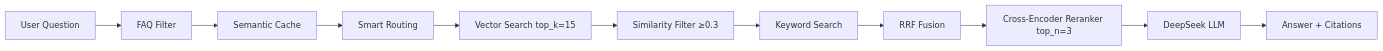
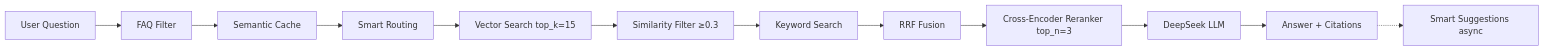
Before and after one commit to truongvinhkhuong/tdh-tte: the second of 2 diagrams in docs/ai-engine/architecture.md, drawn with Mermaid. The commit also changed other lines of this file and 23 other files, not shown here.

````diff
--- a/docs/ai-engine/architecture.md
+++ b/docs/ai-engine/architecture.md
@@ -156,13 +172,14 @@
 ```mermaid
 flowchart LR
     A[User Question] --> B[FAQ Filter]
     B --> C[Semantic Cache]
     C --> D[Smart Routing]
     D --> E[Vector Search top_k=15]
     E --> F[Similarity Filter ≥0.3]
     F --> G[Keyword Search]
     G --> H[RRF Fusion]
     H --> I[Cross-Encoder Reranker top_n=3]
     I --> J[DeepSeek LLM]
     J --> K[Answer + Citations]
+    K -.-> L[Smart Suggestions async]
 ```
````
